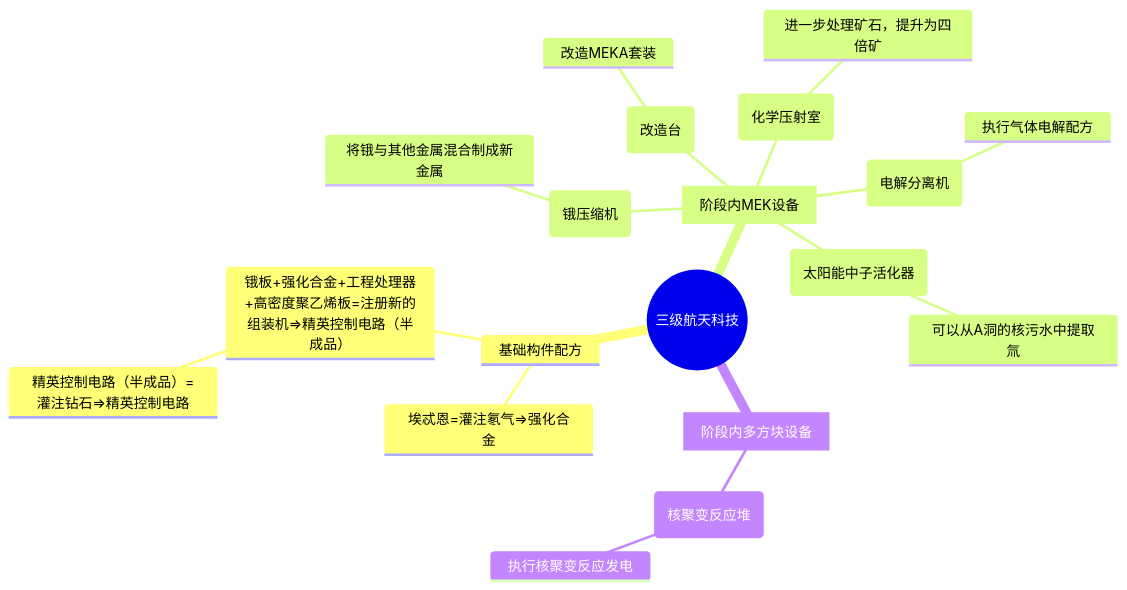
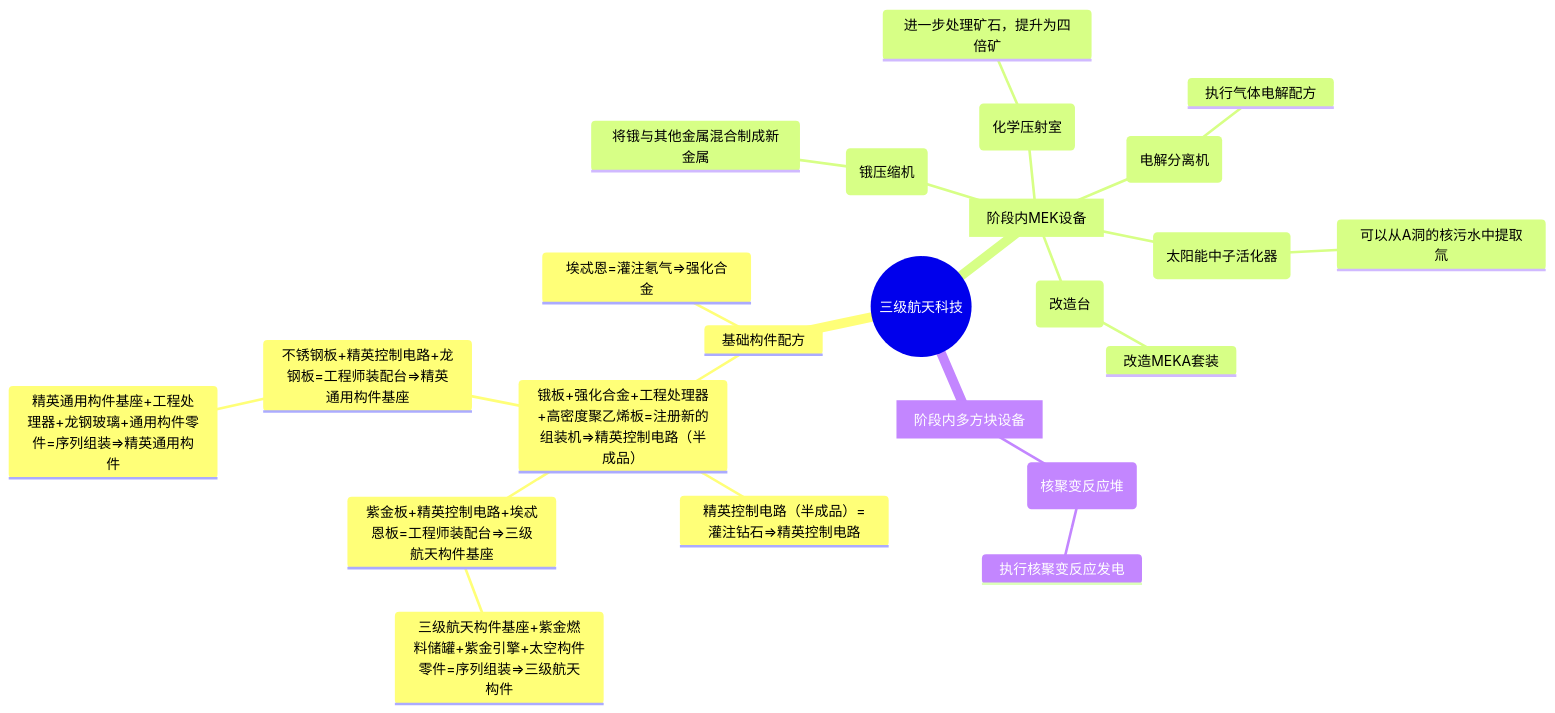
The third of 4 diagrams in Developer/TechTreeMap.md (VechniMetel/CodeNameCIM2), drawn with Mermaid before and after one commit. The commit also changed other lines of this file and 3 other files, not shown here.

````diff
--- a/Developer/TechTreeMap.md
+++ b/Developer/TechTreeMap.md
@@ -83,22 +90,26 @@
 ``` mermaid
 mindmap
     root((三级航天科技))
         基础构件配方
             埃忒恩=灌注氡气=>强化合金
             锇板+强化合金+工程处理器+高密度聚乙烯板=注册新的组装机=>精英控制电路（半成品）
                 精英控制电路（半成品）=灌注钻石=>精英控制电路
+                紫金板+精英控制电路+埃忒恩板=工程师装配台=>三级航天构件基座
+                    三级航天构件基座+紫金燃料储罐+紫金引擎+太空构件零件=序列组装=>三级航天构件
+                不锈钢板+精英控制电路+龙钢板=工程师装配台=>精英通用构件基座
+                    精英通用构件基座+工程处理器+龙钢玻璃+通用构件零件=序列组装=>精英通用构件
         [阶段内MEK设备]
             (锇压缩机)
                 将锇与其他金属混合制成新金属
             (化学压射室)
                 进一步处理矿石，提升为四倍矿
             (电解分离机)
                 执行气体电解配方
             (太阳能中子活化器)
                 可以从A洞的核污水中提取氚
             (改造台)
                 改造MEKA套装
         [阶段内多方块设备]
             (核聚变反应堆)
                 执行核聚变反应发电
 ```
````
